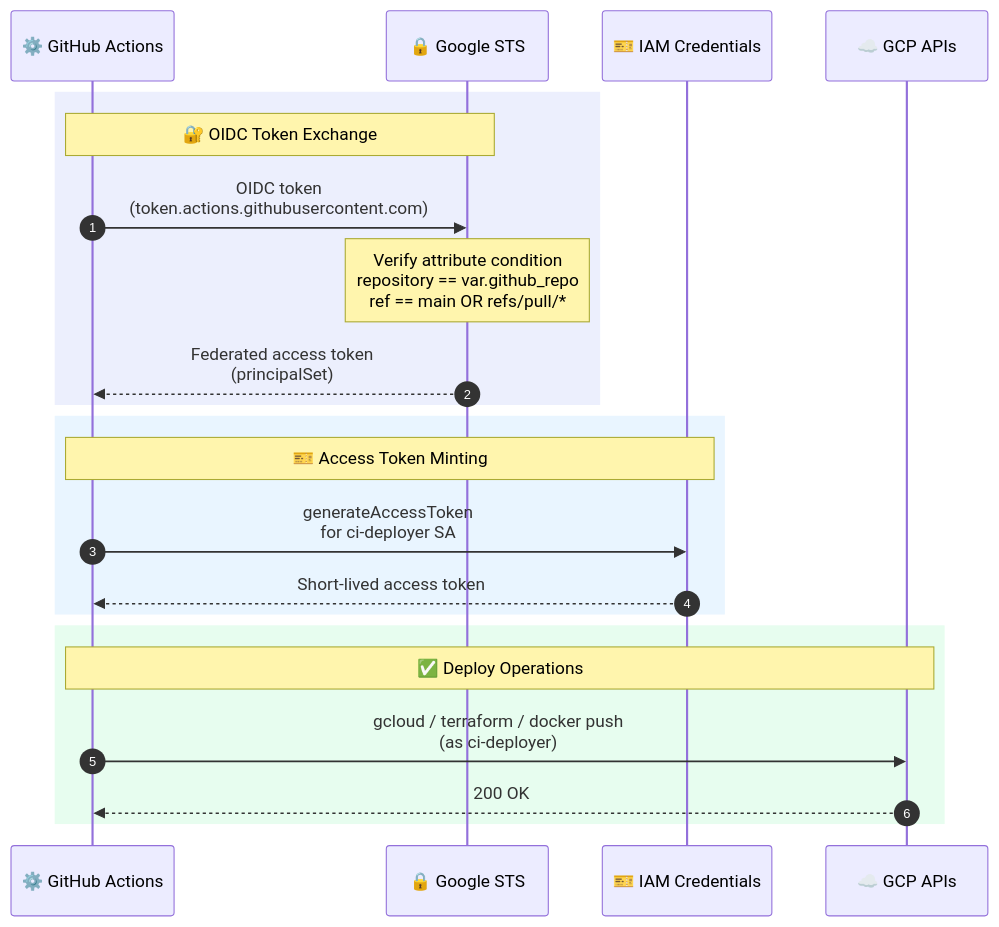
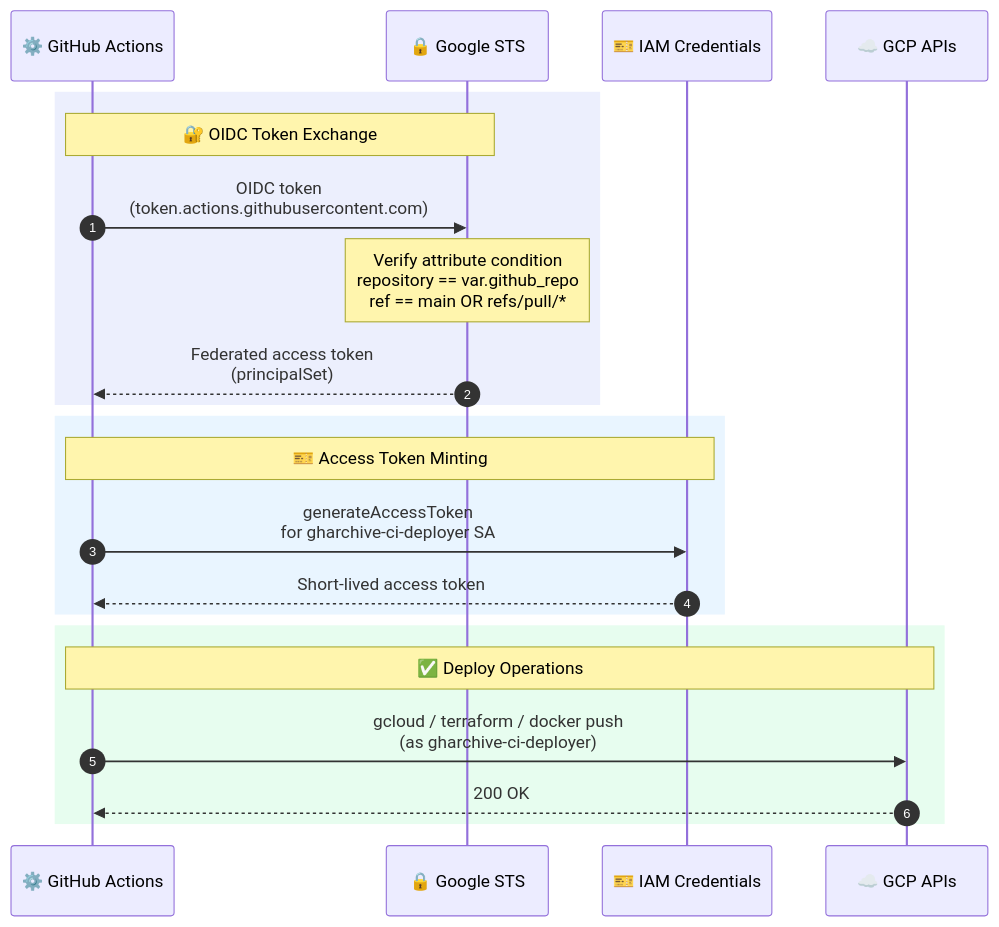
The second of 2 diagrams in terraform/README.md (joshua-data/project-gharchive-elt), drawn with Mermaid before and after one commit. The commit also changed other lines of this file and 2 other files, not shown here.

````diff
--- a/terraform/README.md
+++ b/terraform/README.md
@@ -99,27 +103,27 @@
 ```mermaid
 sequenceDiagram
     autonumber
     participant Job as ⚙️ GitHub Actions
     participant STS as 🔒 Google STS
     participant IAM as 🎫 IAM Credentials
     participant GCP as ☁️ GCP APIs
 
     rect rgb(102, 126, 234, 0.12)
         Note over Job,STS: 🔐 OIDC Token Exchange
         Job->>STS: OIDC token<br/>(token.actions.githubusercontent.com)
         Note over STS: Verify attribute condition<br/>repository == var.github_repo<br/>ref == main OR refs/pull/*
         STS-->>Job: Federated access token<br/>(principalSet)
     end
 
     rect rgb(79, 172, 254, 0.12)
         Note over Job,IAM: 🎫 Access Token Minting
-        Job->>IAM: generateAccessToken<br/>for ci-deployer SA
+        Job->>IAM: generateAccessToken<br/>for gharchive-ci-deployer SA
         IAM-->>Job: Short-lived access token
     end
 
     rect rgb(56, 239, 125, 0.12)
         Note over Job,GCP: ✅ Deploy Operations
-        Job->>GCP: gcloud / terraform / docker push<br/>(as ci-deployer)
+        Job->>GCP: gcloud / terraform / docker push<br/>(as gharchive-ci-deployer)
         GCP-->>Job: 200 OK
     end
 ```
````
